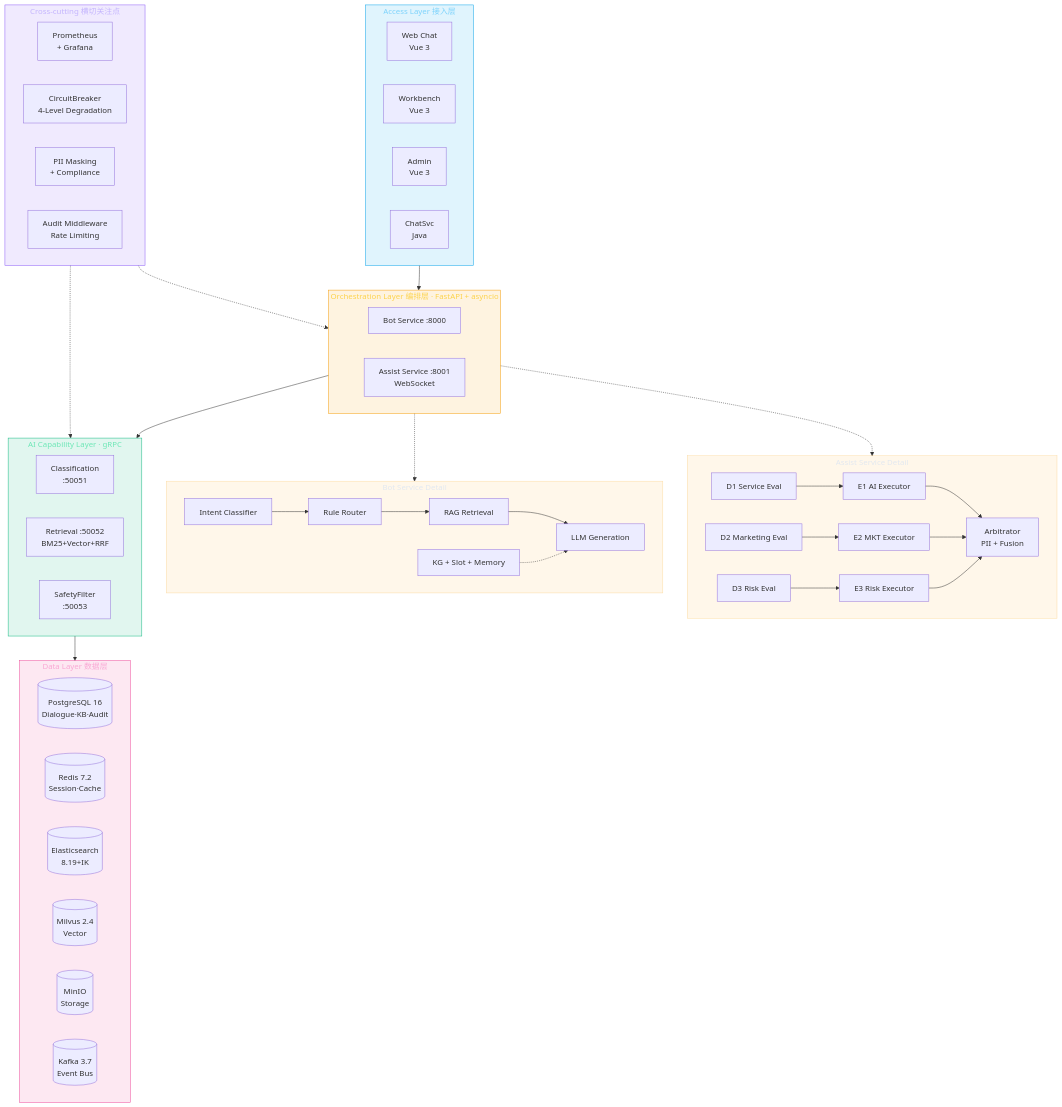
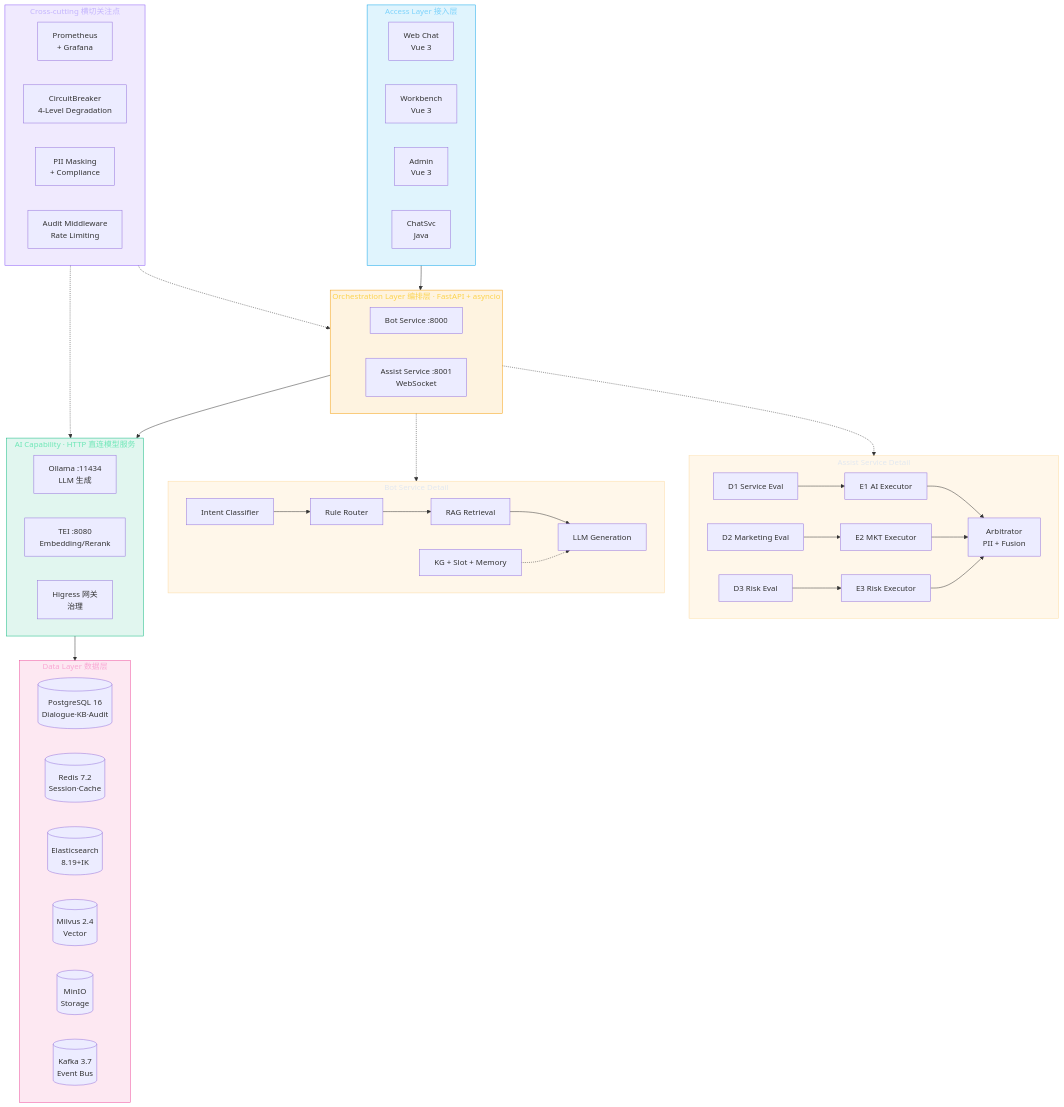
One commit to slowleelab/QingQue changed the diagram in README.md. Above: the diagram before and after it, drawn with Mermaid. The commit also changed other lines of this file and 17 other files, not shown here.

First line of the commit message:
refactor: 移除 AI 能力层 gRPC 规划 — 删除 proto/死配置, 文档统一为 HTTP 直连模型服务

```diff
--- a/README.md
+++ b/README.md
@@ -57,11 +57,11 @@
         B2d & B2e & B2f --> B2g
     end
 
-    subgraph AI["AI Capability Layer · gRPC"]
+    subgraph AI["AI Capability · HTTP 直连模型服务"]
         direction LR
-        C1["Classification<br/>:50051"]
-        C2["Retrieval :50052<br/>BM25+Vector+RRF"]
-        C3["SafetyFilter<br/>:50053"]
+        C1["Ollama :11434<br/>LLM 生成"]
+        C2["TEI :8080<br/>Embedding/Rerank"]
+        C3["Higress 网关<br/>治理"]
     end
 
     subgraph DATA["Data Layer 数据层"]
```
